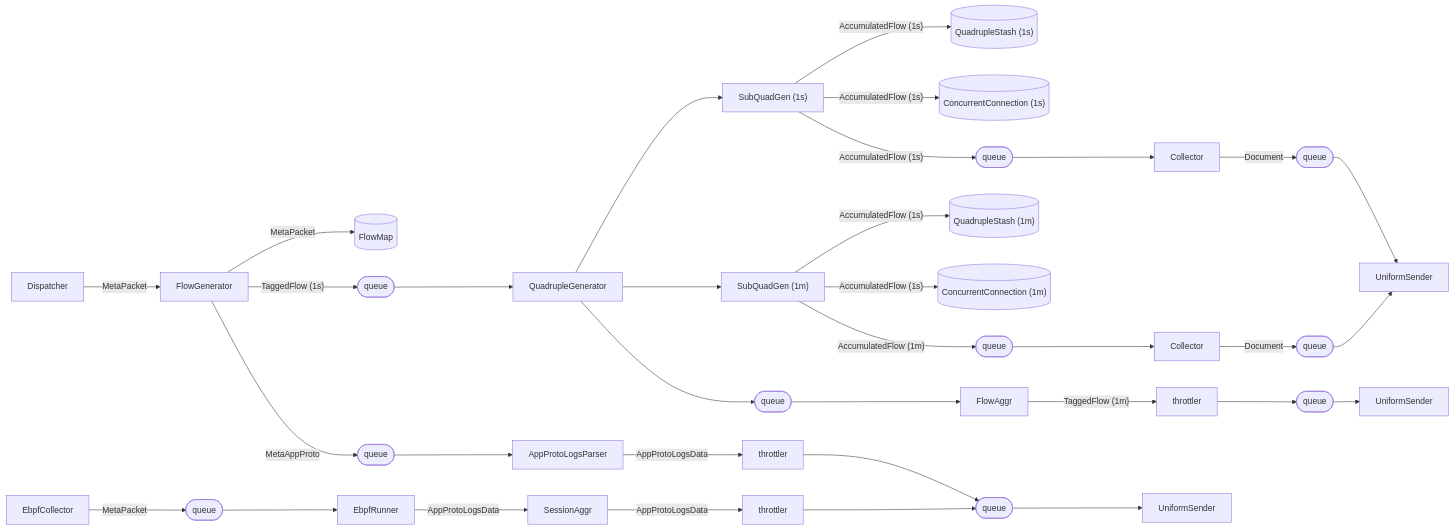
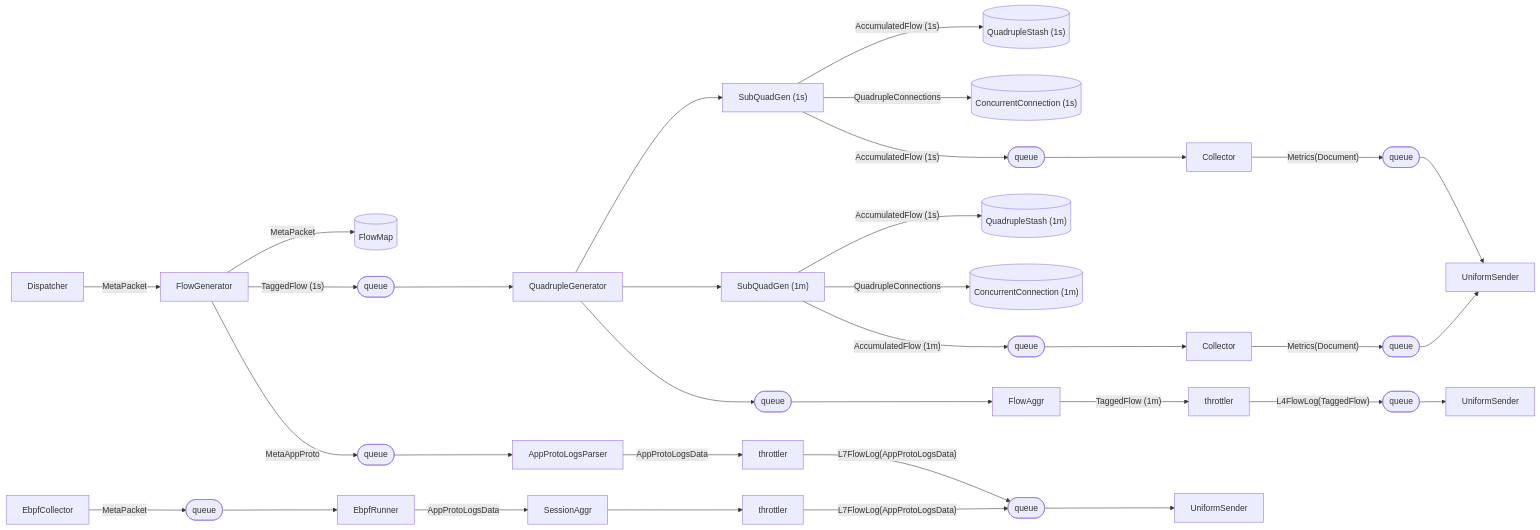
The second of 3 diagrams in docs/design/data-flow.md (deepflowio/deepflow), drawn with Mermaid before and after one commit. The commit also changed other lines of this file, not shown here.

Commit message:
[Document] fix bugs in data-flow chart

````diff
--- a/docs/design/data-flow.md
+++ b/docs/design/data-flow.md
@@ -74,21 +74,21 @@
 ```mermaid
 flowchart LR
 
 Dispatcher -->|MetaPacket| FlowGenerator
 FlowGenerator -->|MetaPacket| FlowMap[(FlowMap)]
 FlowGenerator -->|"TaggedFlow (1s)"| queue.1([queue])
 queue.1 --> QuadrupleGenerator
 QuadrupleGenerator --> SubQuadGen.1["SubQuadGen (1s)"]
 SubQuadGen.1 -->|"AccumulatedFlow (1s)"| QuadrupleStash.1[("QuadrupleStash (1s)")]
-SubQuadGen.1 -->|"AccumulatedFlow (1s)"| ConcurrentConnection.1[("ConcurrentConnection (1s)")]
-SubQuadGen.1 -->|"AccumulatedFlow (1s)"| queue.2([queue]) --> Collector.1[Collector] -->|Document| queue.3([queue]) --> UniformSender.1[UniformSender]
+SubQuadGen.1 -->|QuadrupleConnections| ConcurrentConnection.1[("ConcurrentConnection (1s)")]
+SubQuadGen.1 -->|"AccumulatedFlow (1s)"| queue.2([queue]) --> Collector.1[Collector] -->|"Metrics(Document)"| queue.3([queue]) --> UniformSender.1[UniformSender]
 QuadrupleGenerator --> SubQuadGen.2["SubQuadGen (1m)"]
 SubQuadGen.2 -->|"AccumulatedFlow (1s)"| QuadrupleStash.2[("QuadrupleStash (1m)")]
-SubQuadGen.2 -->|"AccumulatedFlow (1s)"| ConcurrentConnection.2[("ConcurrentConnection (1m)")]
-SubQuadGen.2 -->|"AccumulatedFlow (1m)"| queue.4([queue]) --> Collector.2[Collector] -->|Document| queue.5([queue]) --> UniformSender.1
-QuadrupleGenerator --> queue.6([queue]) --> FlowAggr -->|"TaggedFlow (1m)"| throttler --> queue.7([queue]) --> UniformSender.2[UniformSender]
+SubQuadGen.2 -->|QuadrupleConnections| ConcurrentConnection.2[("ConcurrentConnection (1m)")]
+SubQuadGen.2 -->|"AccumulatedFlow (1m)"| queue.4([queue]) --> Collector.2[Collector] -->|"Metrics(Document)"| queue.5([queue]) --> UniformSender.1
+QuadrupleGenerator --> queue.6([queue]) --> FlowAggr -->|"TaggedFlow (1m)"| throttler -->|"L4FlowLog(TaggedFlow)"| queue.7([queue]) --> UniformSender.2[UniformSender]
 
-FlowGenerator -->|MetaAppProto| queue.8([queue]) --> AppProtoLogsParser -->|AppProtoLogsData| throttler.1[throttler] --> queue.9([queue]) --> UniformSender.3[UniformSender]
+FlowGenerator -->|MetaAppProto| queue.8([queue]) --> AppProtoLogsParser -->|AppProtoLogsData| throttler.1[throttler] -->|"L7FlowLog(AppProtoLogsData)"| queue.9([queue]) --> UniformSender.3[UniformSender]
 
-EbpfCollector -->|MetaPacket| queue.10([queue]) --> EbpfRunner -->|AppProtoLogsData| SessionAggr -->|AppProtoLogsData| throttler.2[throttler] --> queue.9
+EbpfCollector -->|MetaPacket| queue.10([queue]) --> EbpfRunner -->|AppProtoLogsData| SessionAggr --> throttler.2[throttler] -->|"L7FlowLog(AppProtoLogsData)"| queue.9
 ```
````
